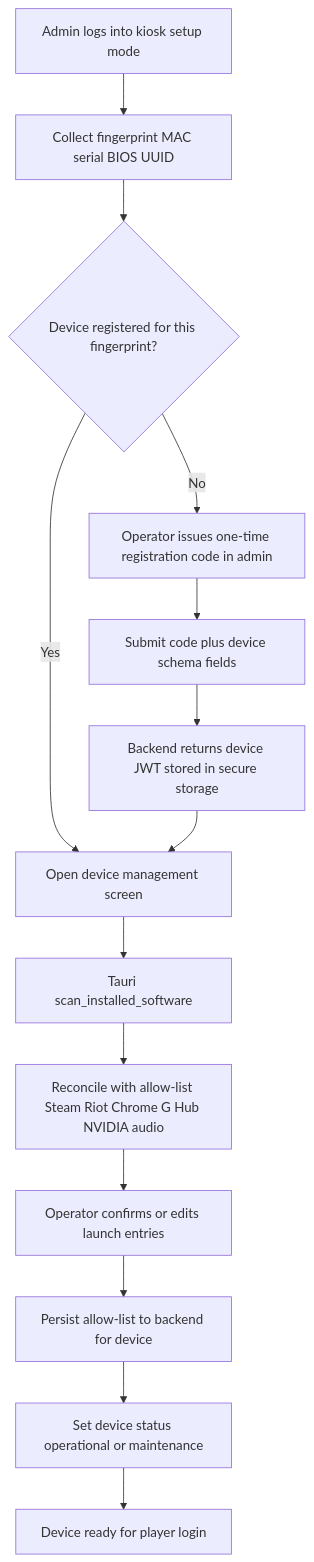
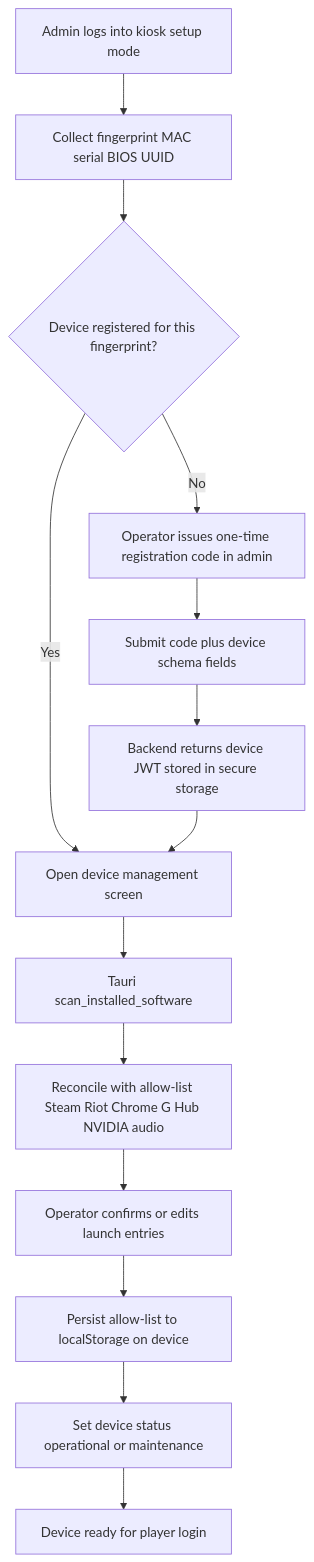
The first of 2 diagrams in docs/REQUIREMENTS-KIOSK.md (harishmahamure/arena360), drawn with Mermaid before and after one commit. The commit also changed other lines of this file and 19 other files, not shown here.

````diff
--- a/docs/REQUIREMENTS-KIOSK.md
+++ b/docs/REQUIREMENTS-KIOSK.md
@@ -117,16 +117,16 @@
 ```mermaid
 flowchart TD
   start[Admin logs into kiosk setup mode] --> fp[Collect fingerprint MAC serial BIOS UUID]
   fp --> check{Device registered for this fingerprint?}
   check -->|No| code[Operator issues one-time registration code in admin]
   code --> reg[Submit code plus device schema fields]
   reg --> jwt[Backend returns device JWT stored in secure storage]
   check -->|Yes| mgmt[Open device management screen]
   jwt --> mgmt
   mgmt --> scan[Tauri scan_installed_software]
   scan --> reconcile[Reconcile with allow-list Steam Riot Chrome G Hub NVIDIA audio]
   reconcile --> curate[Operator confirms or edits launch entries]
-  curate --> persist[Persist allow-list to backend for device]
+  curate --> persist[Persist allow-list to localStorage on device]
   persist --> status[Set device status operational or maintenance]
   status --> ready[Device ready for player login]
 ```
````
